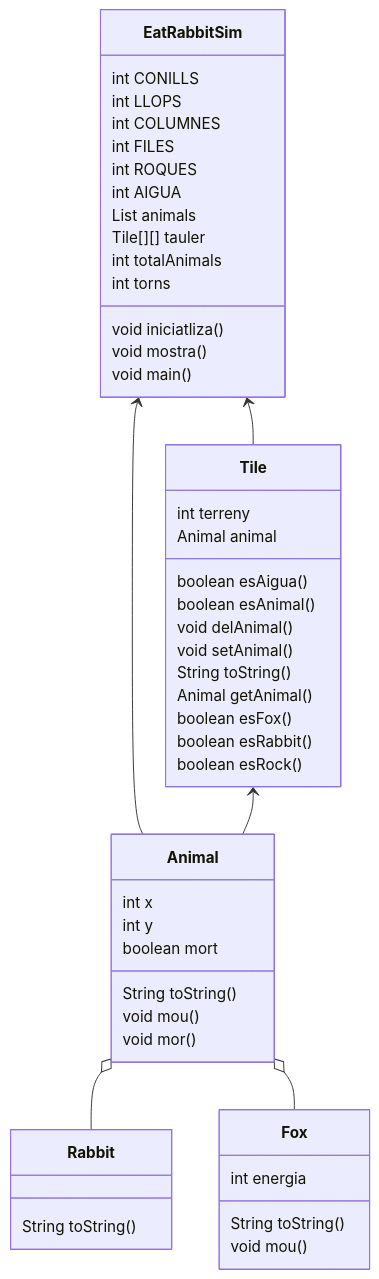
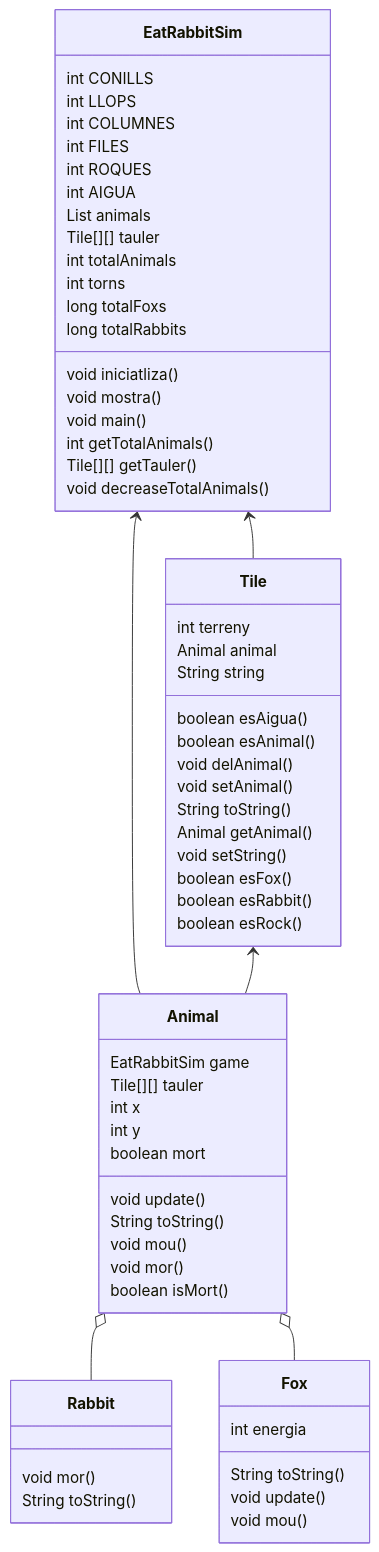
One commit to JoseZaqITB/JoseZaquinaula_dam_m05_uf3 changed the diagram in src/Diagram.md. Above: the diagram before and after it, drawn with Mermaid.

Commit message:
diagram updated

````diff
--- a/src/Diagram.md
+++ b/src/Diagram.md
@@ -1,56 +1,69 @@
 ``` mermaid
 classDiagram
  class Animal{
+  EatRabbitSim game
+  Tile[][] tauler
   int x
   int y
   boolean mort
+  void update()
   String  toString()
   void mou()
   void mor()
+  boolean isMort()
  }
  class EatRabbitSim{
     int CONILLS
     int LLOPS
     int COLUMNES
     int FILES
     int ROQUES
     int AIGUA
     List animals
     Tile[][] tauler
     int totalAnimals
     int torns
+    long totalFoxs
+    long totalRabbits
     void iniciatliza()
     void mostra()
     void main()
+    int getTotalAnimals()
+    Tile[][] getTauler()
+    void decreaseTotalAnimals()
  }
  
  class Fox{
     int energia
     String toString()
+    void update()
     void mou()
  }
  
  class Rabbit{
+    void mor()
     String toString()
  }
  
  class Tile{
     int terreny
     Animal animal
+    String string
     boolean esAigua()
     boolean esAnimal()
     void delAnimal()
     void setAnimal()
     String toString()
     Animal getAnimal()
+    void setString()
     boolean esFox()
     boolean esRabbit()
     boolean esRock()
  }
  
  EatRabbitSim <-- Animal
  EatRabbitSim <-- Tile
  Tile <-- Animal
  Animal o-- Rabbit
  Animal o-- Fox
 ```
````
